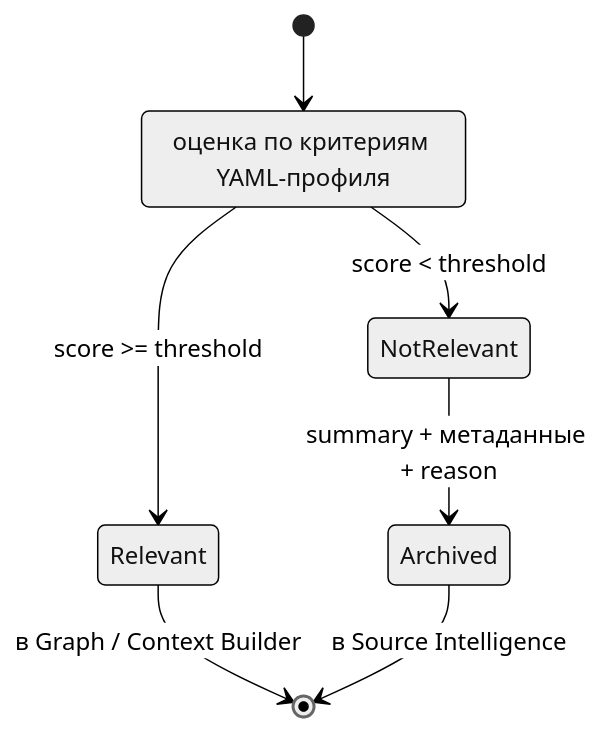
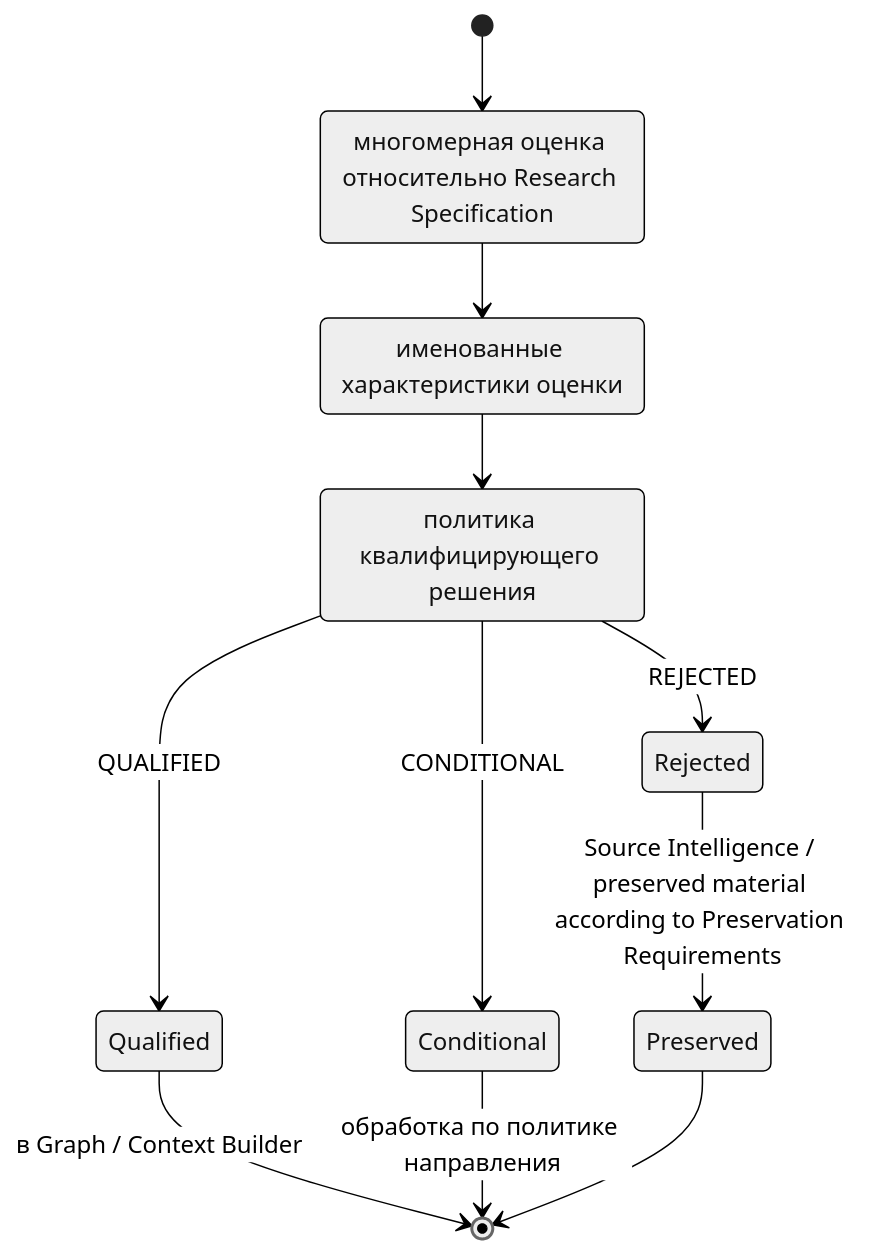
One commit to G-Ivan-A/aether-orbis changed the fourth of 8 diagrams in docs/architecture.md. Above: the diagram before and after it, drawn with Mermaid (neutral theme). The commit also changed other lines of this file and 5 other files, not shown here.

````diff
--- a/docs/architecture.md
+++ b/docs/architecture.md
@@ -114,10 +126,16 @@
 ```mermaid
 stateDiagram-v2
-    [*] --> Scoring
-    Scoring: оценка по критериям YAML-профиля
-    Scoring --> Relevant: score >= threshold
-    Scoring --> NotRelevant: score < threshold
-    Relevant --> [*]: в Graph / Context Builder
-    NotRelevant --> Archived: summary + метаданные + reason
-    Archived --> [*]: в Source Intelligence
+    [*] --> Evaluation
+    Evaluation: многомерная оценка относительно Research Specification
+    Evaluation --> EvaluationResult
+    EvaluationResult: именованные характеристики оценки
+    EvaluationResult --> DecisionPolicy
+    DecisionPolicy: политика квалифицирующего решения
+    DecisionPolicy --> Qualified: QUALIFIED
+    DecisionPolicy --> Conditional: CONDITIONAL
+    DecisionPolicy --> Rejected: REJECTED
+    Qualified --> [*]: в Graph / Context Builder
+    Conditional --> [*]: обработка по политике направления
+    Rejected --> Preserved: Source Intelligence / preserved material according to Preservation Requirements
+    Preserved --> [*]
 ```
````
